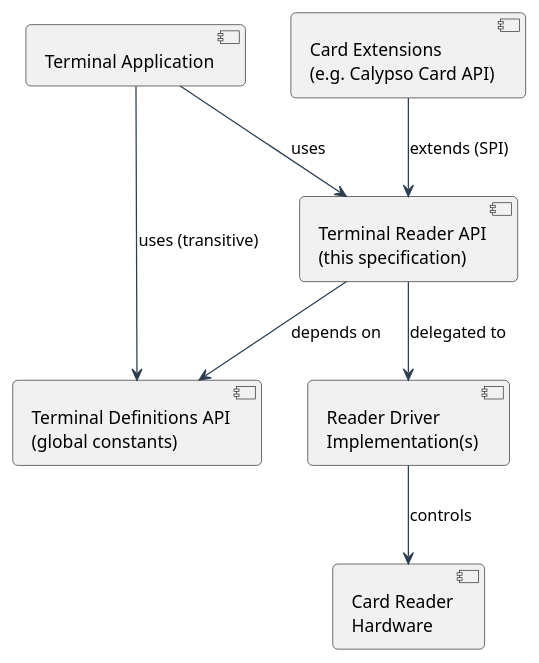
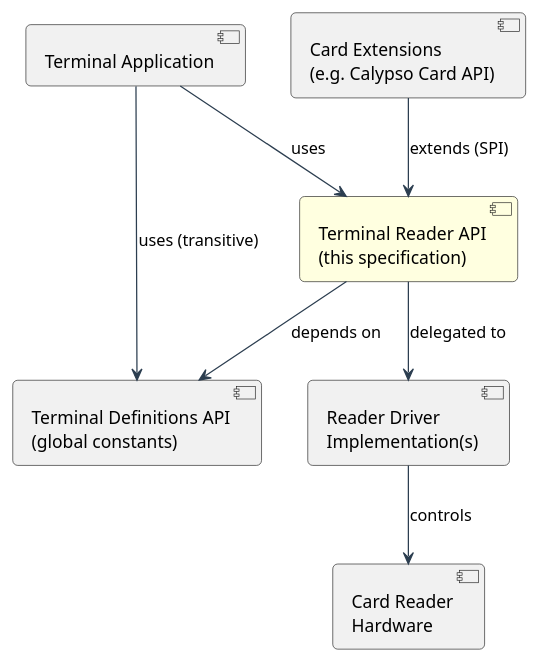
Before and after one commit to calypsonet/calypsonet-terminal-reader-uml-api: the first of 2 diagrams in api_specification.adoc, drawn with PlantUML. The commit also changed other lines of this file, not shown here.

```diff
--- a/api_specification.adoc
+++ b/api_specification.adoc
@@ -274,22 +288,22 @@
 [plantuml, target=architecture-overview, format=svg]
 ....
 @startuml
 skinparam shadowing false
 skinparam roundCorner 8
 skinparam ArrowColor #2C3E50
 
 component "Terminal Application" as App
 component "Card Extensions\n(e.g. Calypso Card API)" as Ext
-component "Terminal Reader API\n(this specification)" as TR
+component "Terminal Reader API\n(this specification)" as TR #LightYellow
 component "Terminal Definitions API\n(global constants)" as Def
 component "Reader Driver\nImplementation(s)" as Drv
 component "Card Reader\nHardware" as HW
 
 App --> TR  : uses
 App --> Def : uses (transitive)
 Ext  --> TR : extends (SPI)
 TR   --> Def : depends on
 TR   --> Drv : delegated to
 Drv  --> HW  : controls
 @enduml
 ....
```
